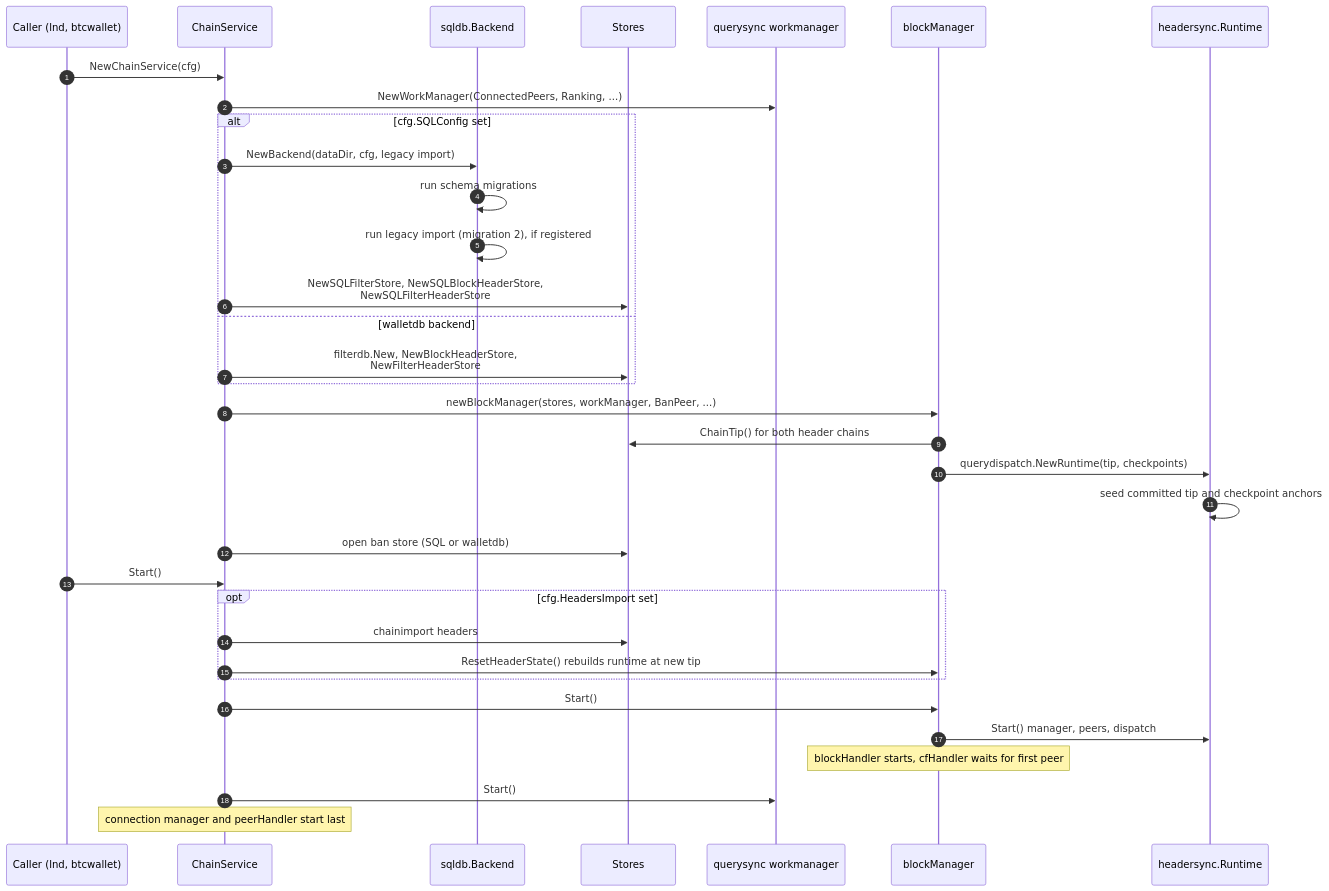
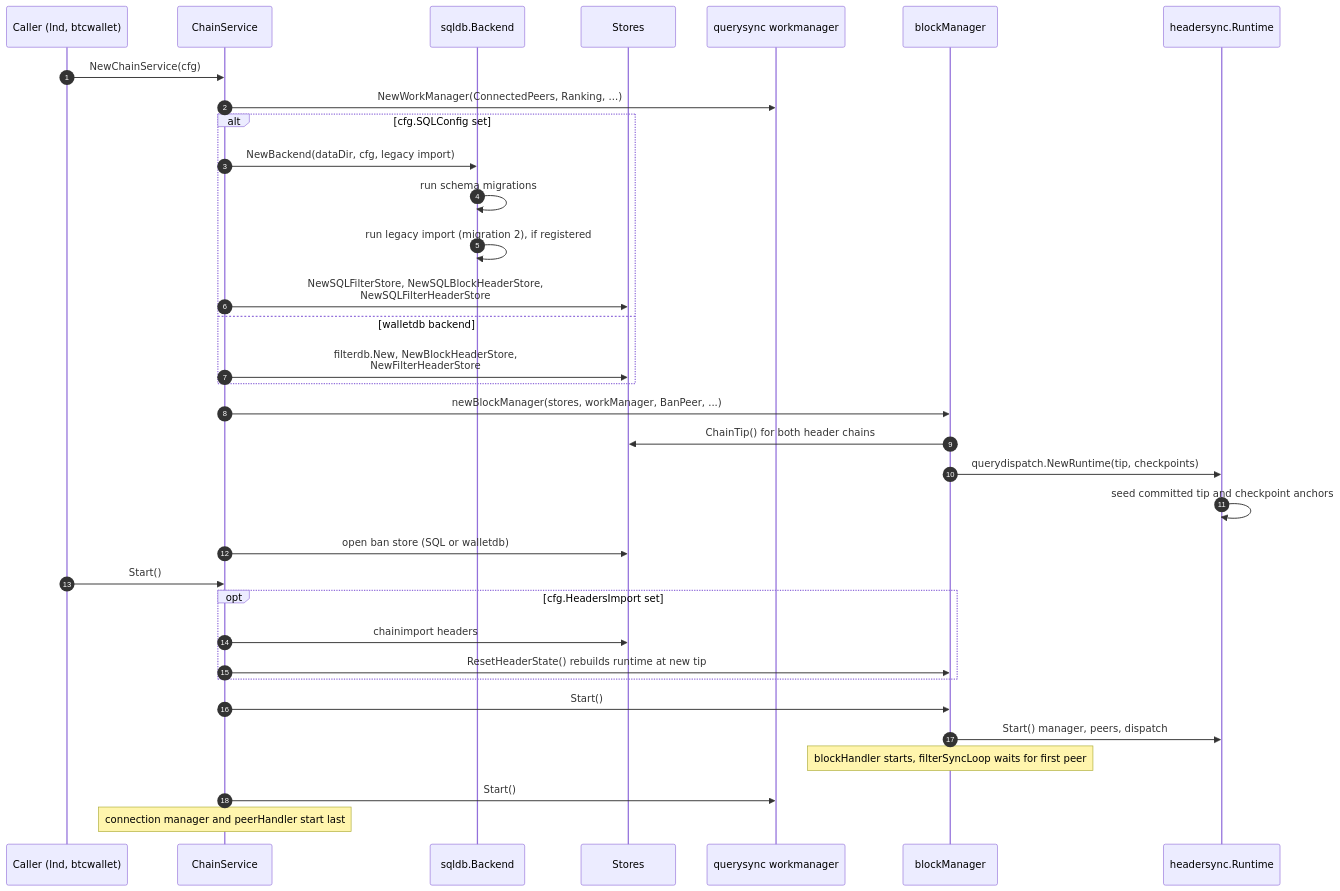
Before and after one commit to lightninglabs/neutrino: the second of 9 diagrams in docs/sync-architecture.md, drawn with Mermaid. The commit also changed other lines of this file and 9 other files, not shown here.

````diff
--- a/docs/sync-architecture.md
+++ b/docs/sync-architecture.md
@@ -107,37 +107,37 @@
 ```mermaid
 sequenceDiagram
     autonumber
     participant App as Caller (lnd, btcwallet)
     participant CS as ChainService
     participant SQL as sqldb.Backend
     participant St as Stores
     participant WM as querysync workmanager
     participant BM as blockManager
     participant RT as headersync.Runtime
 
     App->>CS: NewChainService(cfg)
     CS->>WM: NewWorkManager(ConnectedPeers, Ranking, ...)
     alt cfg.SQLConfig set
         CS->>SQL: NewBackend(dataDir, cfg, legacy import)
         SQL->>SQL: run schema migrations
         SQL->>SQL: run legacy import (migration 2), if registered
         CS->>St: NewSQLFilterStore, NewSQLBlockHeaderStore,<br/>NewSQLFilterHeaderStore
     else walletdb backend
         CS->>St: filterdb.New, NewBlockHeaderStore,<br/>NewFilterHeaderStore
     end
     CS->>BM: newBlockManager(stores, workManager, BanPeer, ...)
     BM->>St: ChainTip() for both header chains
     BM->>RT: querydispatch.NewRuntime(tip, checkpoints)
     RT->>RT: seed committed tip and checkpoint anchors
     CS->>St: open ban store (SQL or walletdb)
     App->>CS: Start()
     opt cfg.HeadersImport set
         CS->>St: chainimport headers
         CS->>BM: ResetHeaderState() rebuilds runtime at new tip
     end
     CS->>BM: Start()
     BM->>RT: Start() manager, peers, dispatch
-    Note over BM: blockHandler starts, cfHandler waits for first peer
+    Note over BM: blockHandler starts, filterSyncLoop waits for first peer
     CS->>WM: Start()
     Note over CS: connection manager and peerHandler start last
 ```
````
